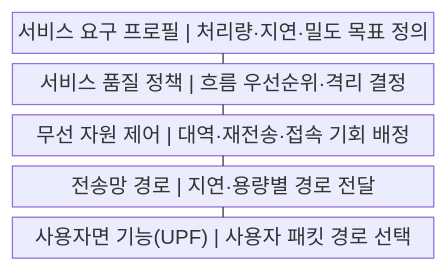
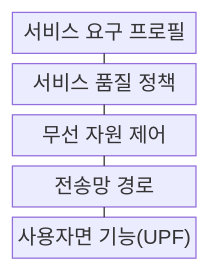
The first of 2 diagrams in src/content/docs/notes/04-network/036_5g_core_technologies.md (agnusdei1207/knowledge-base), drawn with Mermaid before and after one commit. The commit also changed other lines of this file and 122 other files, not shown here.

````diff
--- a/src/content/docs/notes/04-network/036_5g_core_technologies.md
+++ b/src/content/docs/notes/04-network/036_5g_core_technologies.md
@@ -50,13 +50,13 @@
 ```mermaid
-block
+block-beta
     columns 1
-    A["서비스 요구 프로필 | 처리량·지연·밀도 목표 정의"]
-    B["서비스 품질 정책 | 흐름 우선순위·격리 결정"]
-    C["무선 자원 제어 | 대역·재전송·접속 기회 배정"]
-    D["전송망 경로 | 지연·용량별 경로 전달"]
-    E["사용자면 기능(UPF) | 사용자 패킷 경로 선택"]
+    A["서비스 요구 프로필"]
+    B["서비스 품질 정책"]
+    C["무선 자원 제어"]
+    D["전송망 경로"]
+    E["사용자면 기능(UPF)"]
     A --- B
     B --- C
     C --- D
     D --- E
 ```
````
